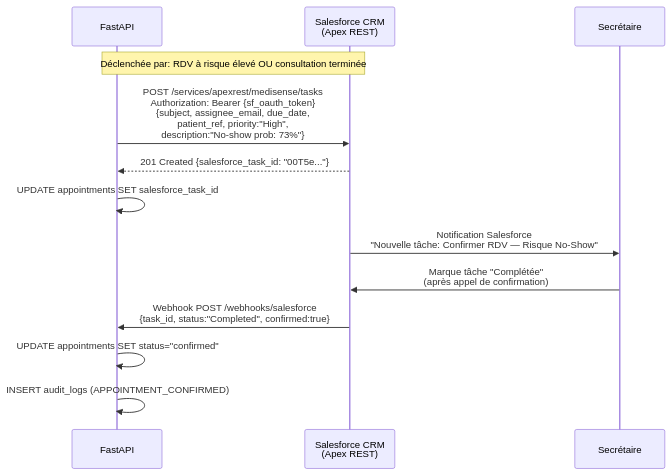
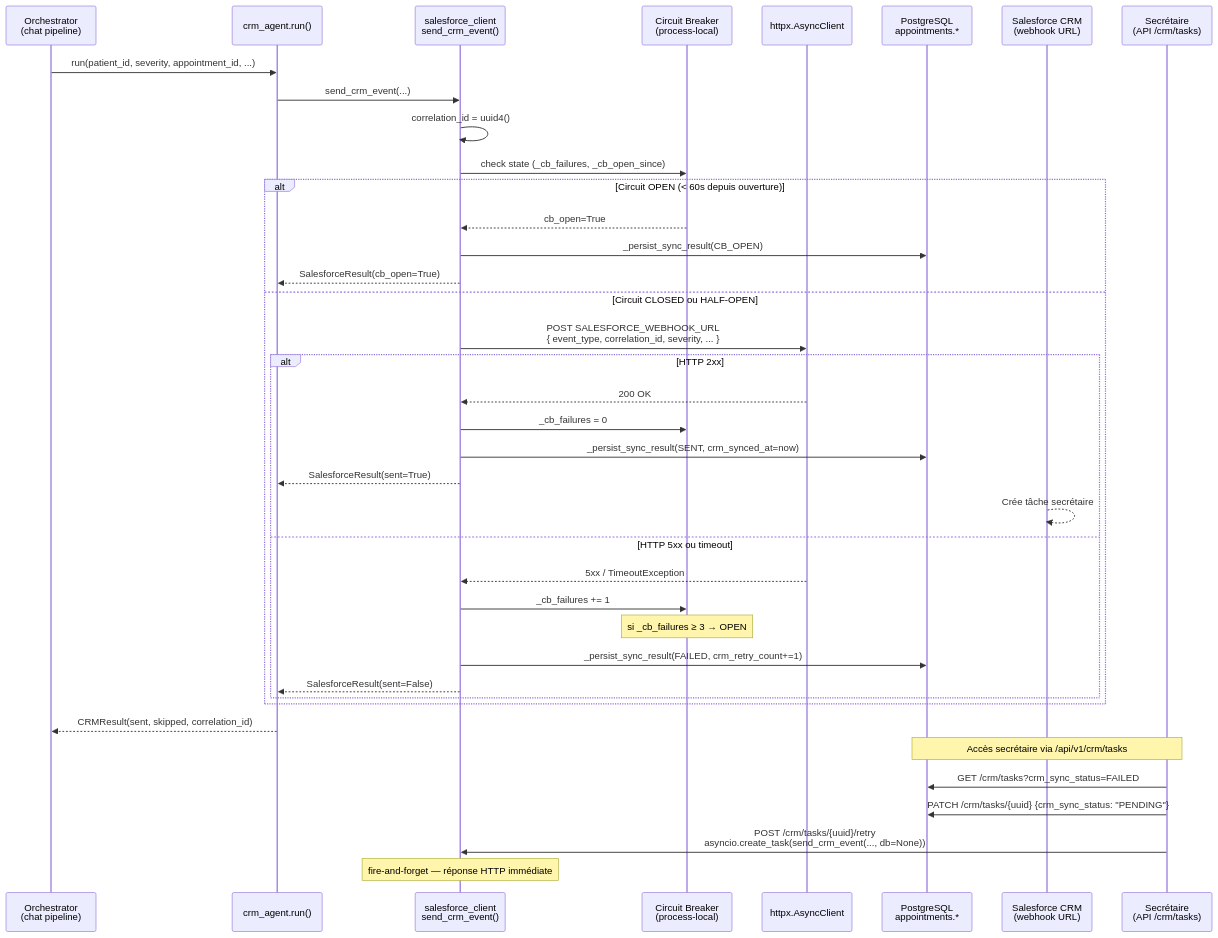
Before and after one commit to Boussyf0/MediSense-AI: diagram 29 of 32 in docs/DIAGRAMMES.md, drawn with Mermaid. The commit also changed other lines of this file and 22 other files, not shown here.

````diff
--- a/docs/DIAGRAMMES.md
+++ b/docs/DIAGRAMMES.md
@@ -1250,23 +1252,46 @@
 ```mermaid
 sequenceDiagram
-    participant API as FastAPI
-    participant SF as Salesforce CRM<br/>(Apex REST)
-    participant SEC as Secrétaire
+    participant ORCH as Orchestrator<br/>(chat pipeline)
+    participant CRM as crm_agent.run()
+    participant SF_C as salesforce_client<br/>send_crm_event()
+    participant CB as Circuit Breaker<br/>(process-local)
+    participant HTTP as httpx.AsyncClient
+    participant DB as PostgreSQL<br/>appointments.*
+    participant SF as Salesforce CRM<br/>(webhook URL)
+    participant SEC as Secrétaire<br/>(API /crm/tasks)
 
-    Note over API,SF: Déclenchée par: RDV à risque élevé OU consultation terminée
+    ORCH->>CRM: run(patient_id, severity, appointment_id, ...)
+    CRM->>SF_C: send_crm_event(...)
 
-    API->>SF: POST /services/apexrest/medisense/tasks<br/>Authorization: Bearer {sf_oauth_token}<br/>{subject, assignee_email, due_date,<br/>patient_ref, priority:"High",<br/>description:"No-show prob: 73%"}
+    SF_C->>SF_C: correlation_id = uuid4()
+    SF_C->>CB: check state (_cb_failures, _cb_open_since)
 
-    SF-->>API: 201 Created {salesforce_task_id: "00T5e..."}
+    alt Circuit OPEN (< 60s depuis ouverture)
+        CB-->>SF_C: cb_open=True
+        SF_C->>DB: _persist_sync_result(CB_OPEN)
+        SF_C-->>CRM: SalesforceResult(cb_open=True)
+    else Circuit CLOSED ou HALF-OPEN
+        SF_C->>HTTP: POST SALESFORCE_WEBHOOK_URL<br/>{ event_type, correlation_id, severity, ... }
+        alt HTTP 2xx
+            HTTP-->>SF_C: 200 OK
+            SF_C->>CB: _cb_failures = 0
+            SF_C->>DB: _persist_sync_result(SENT, crm_synced_at=now)
+            SF_C-->>CRM: SalesforceResult(sent=True)
+            SF-->>SF: Crée tâche secrétaire
+        else HTTP 5xx ou timeout
+            HTTP-->>SF_C: 5xx / TimeoutException
+            SF_C->>CB: _cb_failures += 1
+            Note over CB: si _cb_failures ≥ 3 → OPEN
+            SF_C->>DB: _persist_sync_result(FAILED, crm_retry_count+=1)
+            SF_C-->>CRM: SalesforceResult(sent=False)
+        end
+    end
 
-    API->>API: UPDATE appointments SET salesforce_task_id
+    CRM-->>ORCH: CRMResult(sent, skipped, correlation_id)
 
-    SF->>SEC: Notification Salesforce<br/>"Nouvelle tâche: Confirmer RDV — Risque No-Show"
-
-    SEC->>SF: Marque tâche "Complétée"<br/>(après appel de confirmation)
-
-    SF->>API: Webhook POST /webhooks/salesforce<br/>{task_id, status:"Completed", confirmed:true}
-
-    API->>API: UPDATE appointments SET status="confirmed"
-    API->>API: INSERT audit_logs (APPOINTMENT_CONFIRMED)
+    Note over SEC,DB: Accès secrétaire via /api/v1/crm/tasks
+    SEC->>DB: GET /crm/tasks?crm_sync_status=FAILED
+    SEC->>DB: PATCH /crm/tasks/{uuid} {crm_sync_status: "PENDING"}
+    SEC->>SF_C: POST /crm/tasks/{uuid}/retry<br/>asyncio.create_task(send_crm_event(..., db=None))
+    Note over SF_C: fire-and-forget — réponse HTTP immédiate
 ```
````
